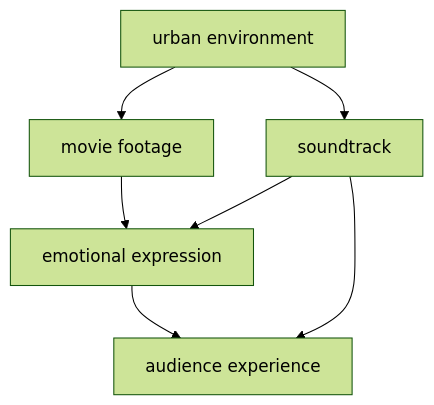
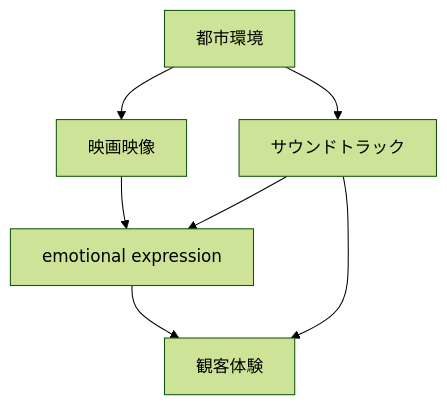
Before and after one commit to monumental-movement/monumental-movement.github.io: the second of 2 diagrams in en/_posts/2026-05-07-column-90s-hong-kong-soundtrack.md, drawn with Mermaid (forest theme). The commit also changed other lines of this file and 2196 other files, not shown here.

```diff
--- a/en/_posts/2026-05-07-column-90s-hong-kong-soundtrack.md
+++ b/en/_posts/2026-05-07-column-90s-hong-kong-soundtrack.md
@@ -188,9 +187,9 @@
 <div class="mermaid">
 graph TD
-    A[urban environment] --> B[movie footage]
-    A --> C[soundtrack]
+    A[都市環境] --> B[映画映像]
+    A --> C[サウンドトラック]
     C --> D[emotional expression]
     B --> D
-    D --> E[audience experience]
+    D --> E[観客体験]
     C --> E
 </div>
```
